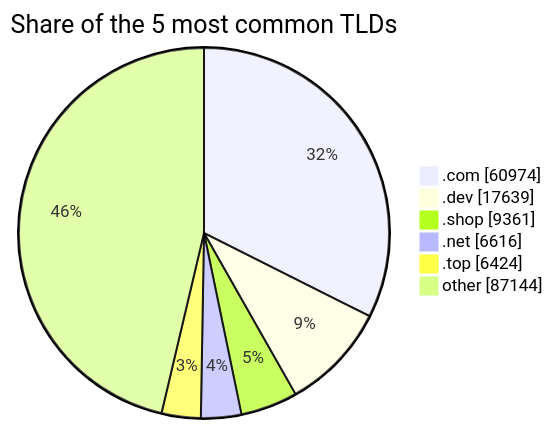
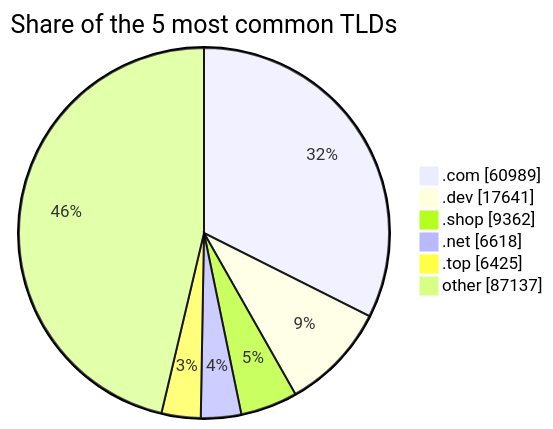
The third of 3 diagrams in README.md (DNSBunker/CTI), drawn with Mermaid before and after one commit. The commit also changed other lines of this file and 3 other files, not shown here.

````diff
--- a/README.md
+++ b/README.md
@@ -81,9 +81,9 @@
 ```mermaid
 pie showData title Share of the 5 most common TLDs
-    ".com" : 60974
-    ".dev" : 17639
-    ".shop" : 9361
-    ".net" : 6616
-    ".top" : 6424
-    "other" : 87144
+    ".com" : 60989
+    ".dev" : 17641
+    ".shop" : 9362
+    ".net" : 6618
+    ".top" : 6425
+    "other" : 87137
 ```
````
